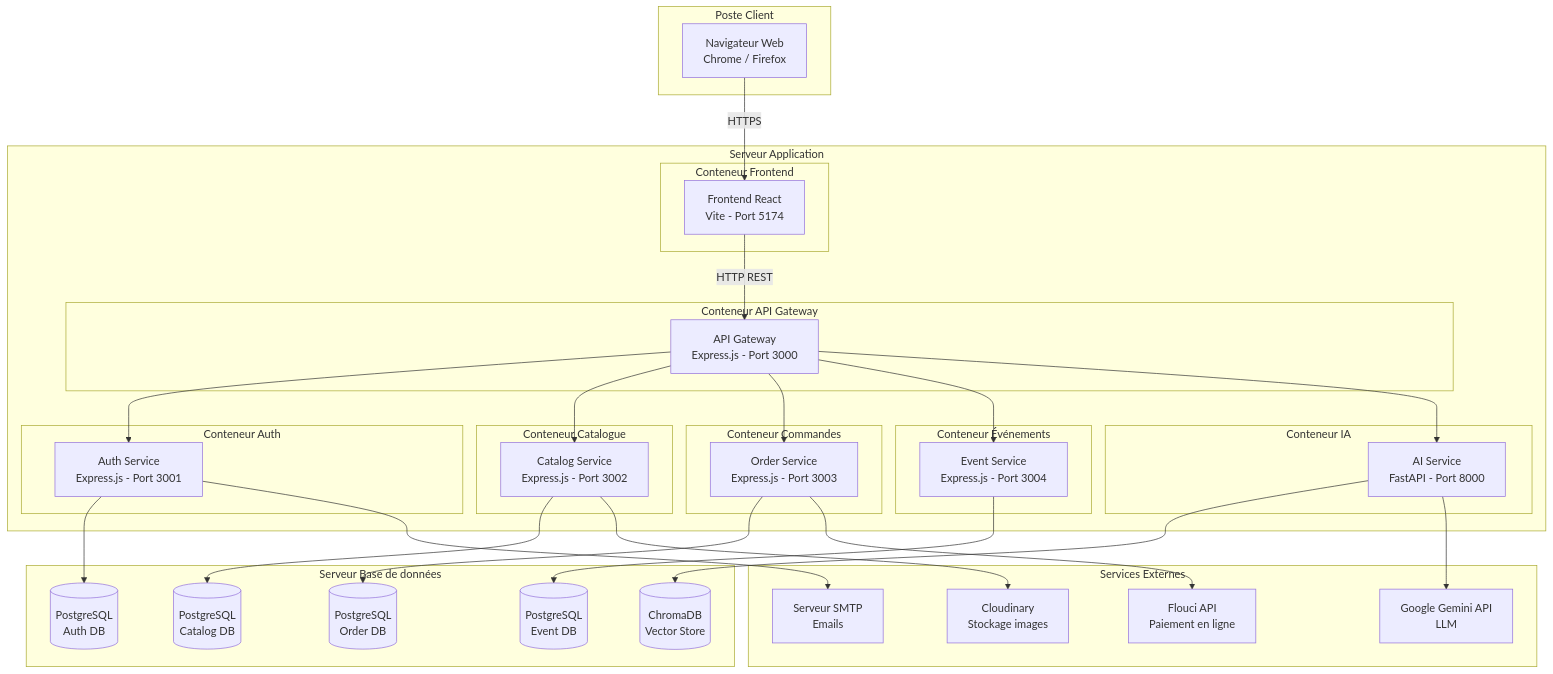
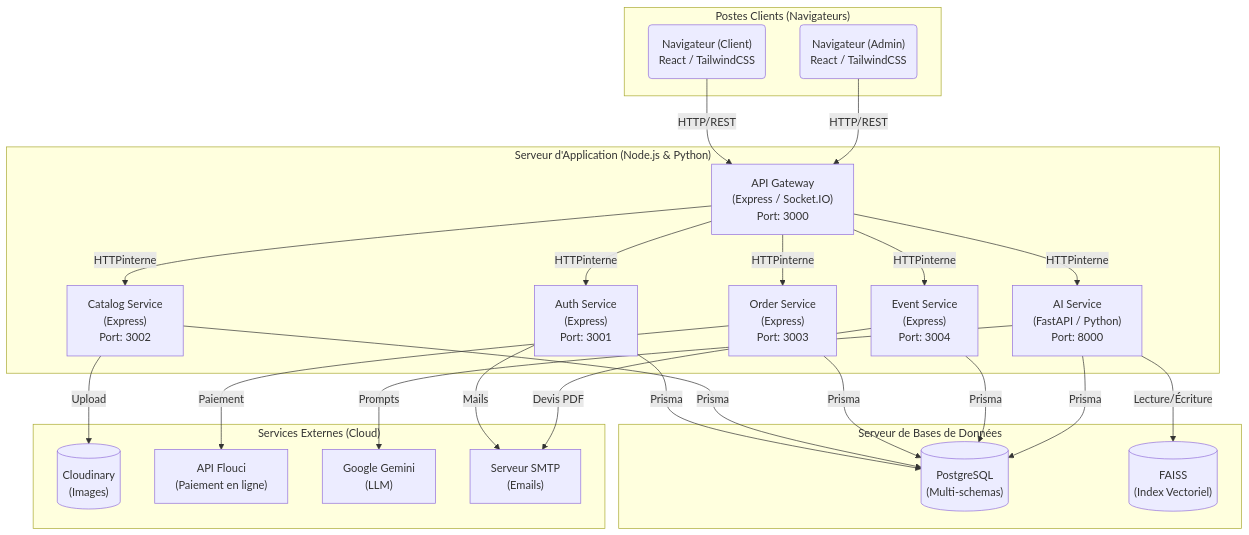
The diagram in mermaid_sources/deploiement.mmd (hamzabenmarwen/app_pfe), drawn with Mermaid before and after one commit. The commit also changed 185 other files, not shown here.

```diff
--- a/mermaid_sources/deploiement.mmd
+++ b/mermaid_sources/deploiement.mmd
@@ -1,62 +1,51 @@
-flowchart TB
-    subgraph client["Poste Client"]
-        Browser["Navigateur Web<br/>Chrome / Firefox"]
+flowchart TD
+    subgraph "Postes Clients (Navigateurs)"
+        ClientBrowser("Navigateur (Client)\nReact / TailwindCSS")
+        AdminBrowser("Navigateur (Admin)\nReact / TailwindCSS")
     end
 
-    subgraph server["Serveur Application"]
-        subgraph frontend_node["Conteneur Frontend"]
-            Frontend["Frontend React<br/>Vite - Port 5174"]
-        end
-        subgraph gateway_node["Conteneur API Gateway"]
-            Gateway["API Gateway<br/>Express.js - Port 3000"]
-        end
-        subgraph auth_node["Conteneur Auth"]
-            Auth["Auth Service<br/>Express.js - Port 3001"]
-        end
-        subgraph catalog_node["Conteneur Catalogue"]
-            Catalog["Catalog Service<br/>Express.js - Port 3002"]
-        end
-        subgraph order_node["Conteneur Commandes"]
-            OrderSvc["Order Service<br/>Express.js - Port 3003"]
-        end
-        subgraph event_node["Conteneur Événements"]
-            EventSvc["Event Service<br/>Express.js - Port 3004"]
-        end
-        subgraph ai_node["Conteneur IA"]
-            AI["AI Service<br/>FastAPI - Port 8000"]
-        end
+    subgraph "Serveur d'Application (Node.js & Python)"
+        Gateway["API Gateway\n(Express / Socket.IO)\nPort: 3000"]
+        
+        Auth["Auth Service\n(Express)\nPort: 3001"]
+        Catalog["Catalog Service\n(Express)\nPort: 3002"]
+        Order["Order Service\n(Express)\nPort: 3003"]
+        Event["Event Service\n(Express)\nPort: 3004"]
+        
+        AI["AI Service\n(FastAPI / Python)\nPort: 8000"]
     end
 
-    subgraph db_server["Serveur Base de données"]
-        DB1[("PostgreSQL<br/>Auth DB")]
-        DB2[("PostgreSQL<br/>Catalog DB")]
-        DB3[("PostgreSQL<br/>Order DB")]
-        DB4[("PostgreSQL<br/>Event DB")]
-        DB5[("ChromaDB<br/>Vector Store")]
+    subgraph "Serveur de Bases de Données"
+        DB[("PostgreSQL\n(Multi-schemas)")]
+        VectorStore[("FAISS\n(Index Vectoriel)")]
     end
 
-    subgraph external["Services Externes"]
-        Cloud["Cloudinary<br/>Stockage images"]
-        Gemini["Google Gemini API<br/>LLM"]
-        Flouci["Flouci API<br/>Paiement en ligne"]
-        SMTP["Serveur SMTP<br/>Emails"]
+    subgraph "Services Externes (Cloud)"
+        Cloudinary[("Cloudinary\n(Images)")]
+        Flouci["API Flouci\n(Paiement en ligne)"]
+        Gemini["Google Gemini\n(LLM)"]
+        SMTP["Serveur SMTP\n(Emails)"]
     end
 
-    Browser -- "HTTPS" --> Frontend
-    Frontend -- "HTTP REST" --> Gateway
-    Gateway --> Auth
-    Gateway --> Catalog
-    Gateway --> OrderSvc
-    Gateway --> EventSvc
-    Gateway --> AI
+    ClientBrowser -->|HTTP/REST| Gateway
+    AdminBrowser -->|HTTP/REST| Gateway
+    
+    Gateway -->|HTTPinterne| Auth
+    Gateway -->|HTTPinterne| Catalog
+    Gateway -->|HTTPinterne| Order
+    Gateway -->|HTTPinterne| Event
+    Gateway -->|HTTPinterne| AI
 
-    Auth --> DB1
-    Catalog --> DB2
-    OrderSvc --> DB3
-    EventSvc --> DB4
-    AI --> DB5
+    Auth -->|Prisma| DB
+    Catalog -->|Prisma| DB
+    Order -->|Prisma| DB
+    Event -->|Prisma| DB
+    
+    AI -->|Lecture/Écriture| VectorStore
+    AI -->|Prisma| DB
 
-    Catalog --> Cloud
-    AI --> Gemini
-    OrderSvc --> Flouci
-    Auth --> SMTP
+    Catalog -->|Upload| Cloudinary
+    Order -->|Paiement| Flouci
+    AI -->|Prompts| Gemini
+    Auth -->|Mails| SMTP
+    Event -->|Devis PDF| SMTP
```
